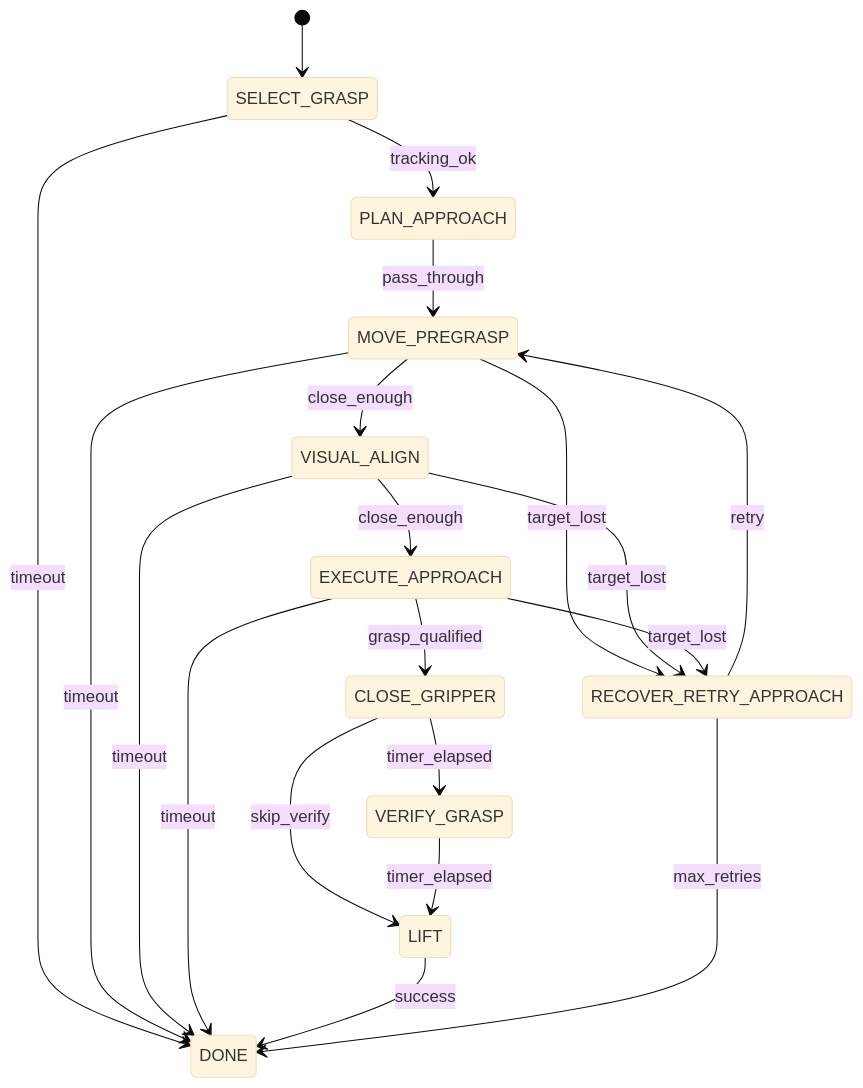
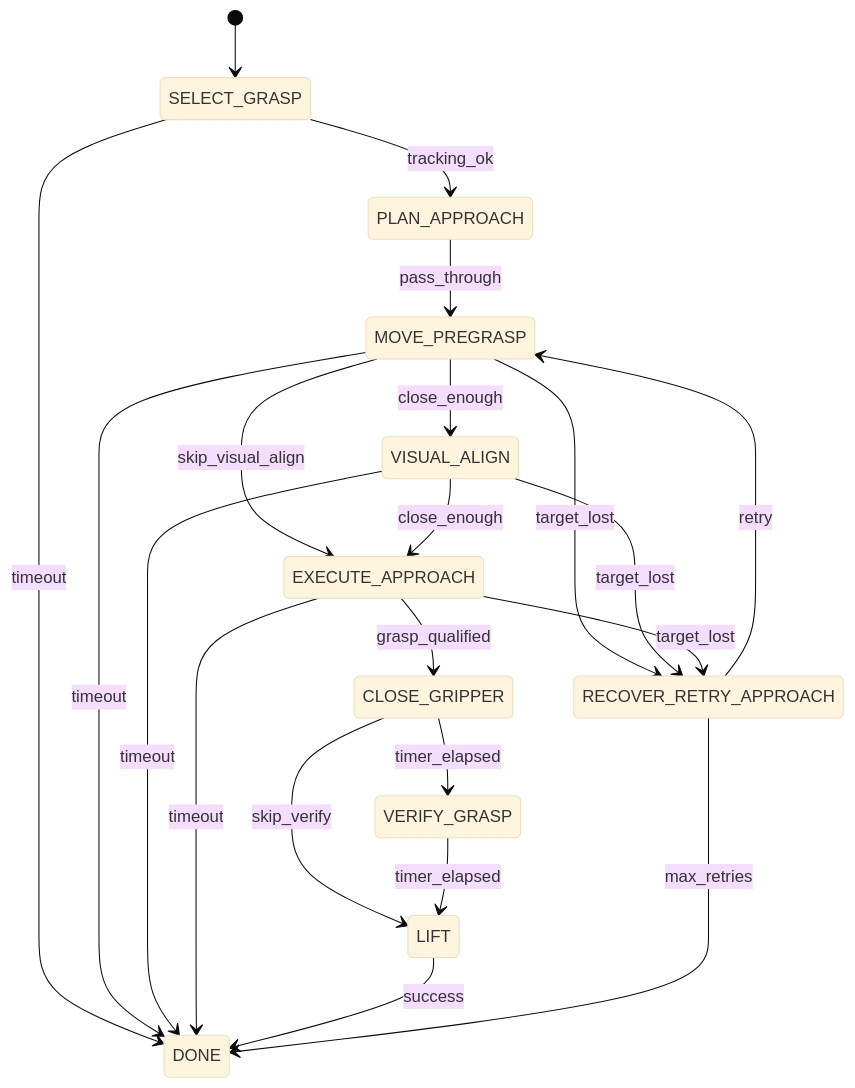
One commit to andrei-ace/HALO changed the diagram in configs/skills/pick/default.mmd. Above: the diagram before and after it, drawn with Mermaid (base theme). The commit also changed 10 other files, not shown here.

```diff
--- a/configs/skills/pick/default.mmd
+++ b/configs/skills/pick/default.mmd
@@ -1,20 +1,21 @@
 stateDiagram-v2
     [*] --> SELECT_GRASP
     SELECT_GRASP --> PLAN_APPROACH : tracking_ok
     SELECT_GRASP --> DONE : timeout
     PLAN_APPROACH --> MOVE_PREGRASP : pass_through
     MOVE_PREGRASP --> VISUAL_ALIGN : close_enough
     MOVE_PREGRASP --> RECOVER_RETRY_APPROACH : target_lost
+    MOVE_PREGRASP --> EXECUTE_APPROACH : skip_visual_align
     MOVE_PREGRASP --> DONE : timeout
     VISUAL_ALIGN --> EXECUTE_APPROACH : close_enough
     VISUAL_ALIGN --> RECOVER_RETRY_APPROACH : target_lost
     VISUAL_ALIGN --> DONE : timeout
     EXECUTE_APPROACH --> CLOSE_GRIPPER : grasp_qualified
     EXECUTE_APPROACH --> RECOVER_RETRY_APPROACH : target_lost
     EXECUTE_APPROACH --> DONE : timeout
     CLOSE_GRIPPER --> VERIFY_GRASP : timer_elapsed
     CLOSE_GRIPPER --> LIFT : skip_verify
     VERIFY_GRASP --> LIFT : timer_elapsed
     LIFT --> DONE : success
     RECOVER_RETRY_APPROACH --> MOVE_PREGRASP : retry
     RECOVER_RETRY_APPROACH --> DONE : max_retries
```
